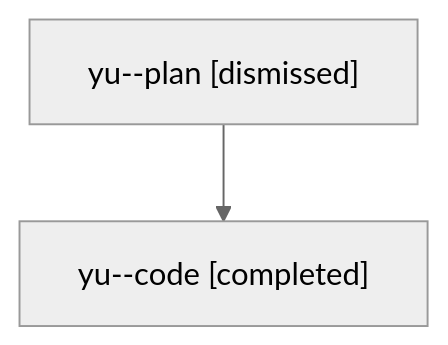
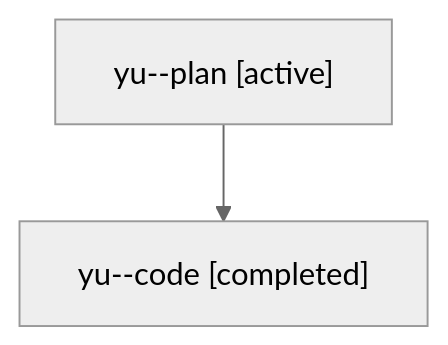
One commit to bobs-org/bob-cli--agents changed the diagram in families/bbugyi200.athena.yu.md. Above: the diagram before and after it, drawn with Mermaid (neutral theme). The commit also changed other lines of this file and 1279 other files, not shown here.

````diff
--- a/families/bbugyi200.athena.yu.md
+++ b/families/bbugyi200.athena.yu.md
@@ -9,6 +9,6 @@
 ```mermaid
 flowchart TD
-  n0["yu--plan [dismissed]"]
+  n0["yu--plan [active]"]
   n1["yu--code [completed]"]
   n0 --> n1
 ```
````
